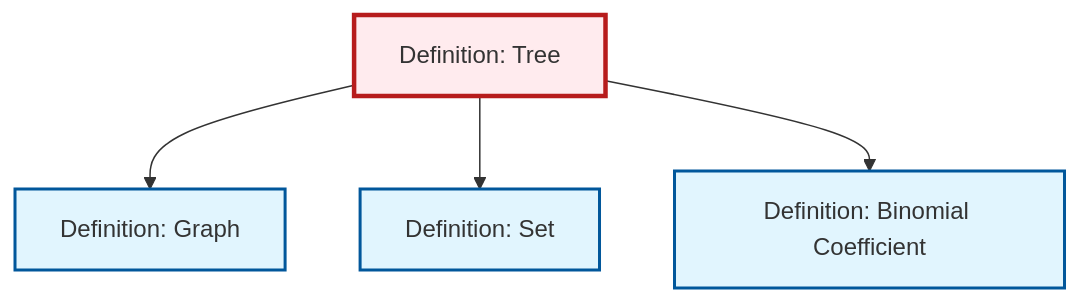
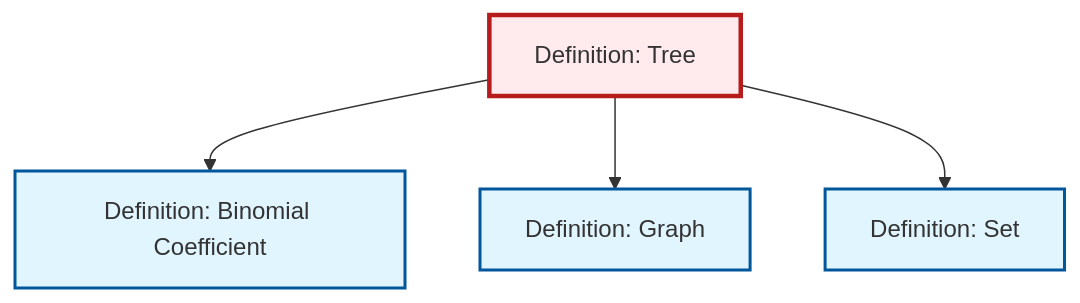
One commit to RK0429/ModernMath changed the diagram in content/en/combinatorics/def-tree.qmd. Above: the diagram before and after it, drawn with Mermaid. The commit also changed other lines of this file and 634 other files, not shown here.

````diff
--- a/content/en/combinatorics/def-tree.qmd
+++ b/content/en/combinatorics/def-tree.qmd
@@ -136,20 +136,20 @@
 ```{mermaid}
 %%| fig-cap: "Local dependency graph"
 graph TD
     classDef definition fill:#e1f5fe,stroke:#01579b,stroke-width:2px
     classDef theorem fill:#f3e5f5,stroke:#4a148c,stroke-width:2px
     classDef axiom fill:#fff3e0,stroke:#e65100,stroke-width:2px
     classDef example fill:#e8f5e9,stroke:#1b5e20,stroke-width:2px
     classDef current fill:#ffebee,stroke:#b71c1c,stroke-width:3px
+    def-graph["Definition: Graph"]:::definition
     def-binomial-coefficient["Definition: Binomial Coefficient"]:::definition
-    def-graph["Definition: Graph"]:::definition
     def-tree["Definition: Tree"]:::definition
     def-set["Definition: Set"]:::definition
+    def-tree --> def-binomial-coefficient
     def-tree --> def-graph
     def-tree --> def-set
-    def-tree --> def-binomial-coefficient
     class def-tree current
+    click def-graph "def-graph.html" "Go to Graph definition"
     click def-binomial-coefficient "def-binomial-coefficient.html" "Go to Binomial Coefficient definition"
-    click def-graph "def-graph.html" "Go to Graph definition"
     click def-set "def-set.html" "Go to Set definition"
 ```
````
